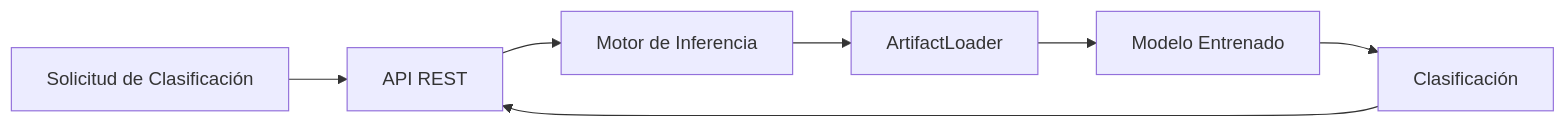
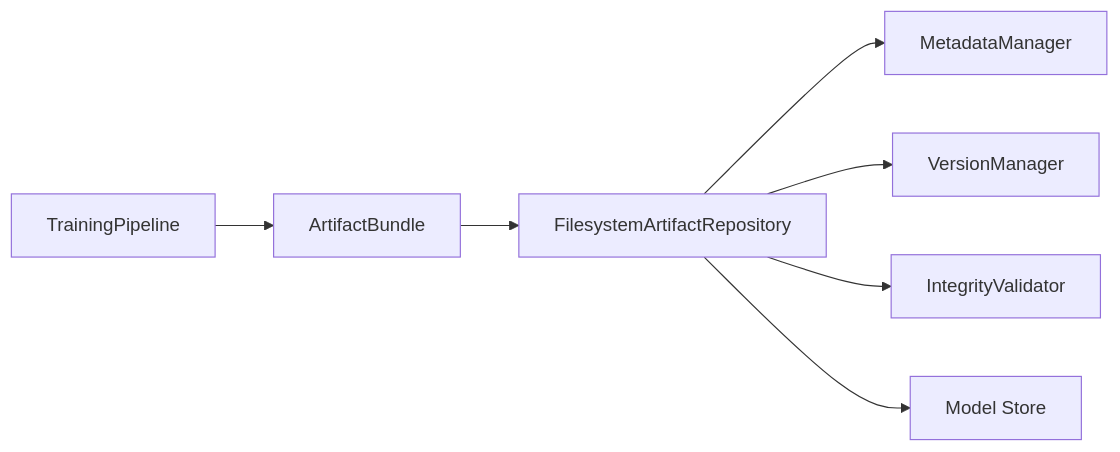
Before and after one commit to No-Country-simulation/g9-latam-team16-techmind: diagram 14 of 17 in docs/SPRINTS/data-science/DS-07-Persistencia-del-Modelo.md, drawn with Mermaid. The commit also changed other lines of this file and 11 other files, not shown here.

````diff
--- a/docs/SPRINTS/data-science/DS-07-Persistencia-del-Modelo.md
+++ b/docs/SPRINTS/data-science/DS-07-Persistencia-del-Modelo.md
@@ -1960,22 +1953,29 @@
 ```mermaid
 flowchart LR
 
-    Cliente["Solicitud de Clasificación"]
+Training["TrainingPipeline"]
 
-    API["API REST"]
+Bundle["ArtifactBundle"]
 
-    Inference["Motor de Inferencia"]
+Repository["FilesystemArtifactRepository"]
 
-    Loader["ArtifactLoader"]
+Metadata["MetadataManager"]
 
-    Modelo["Modelo Entrenado"]
+Version["VersionManager"]
 
-    Resultado["Clasificación"]
+Validator["IntegrityValidator"]
 
-    Cliente --> API
-    API --> Inference
-    Inference --> Loader
-    Loader --> Modelo
-    Modelo --> Resultado
-    Resultado --> API
+Store["Model Store"]
+
+Training --> Bundle
+
+Bundle --> Repository
+
+Repository --> Metadata
+
+Repository --> Version
+
+Repository --> Validator
+
+Repository --> Store
 ```
````
